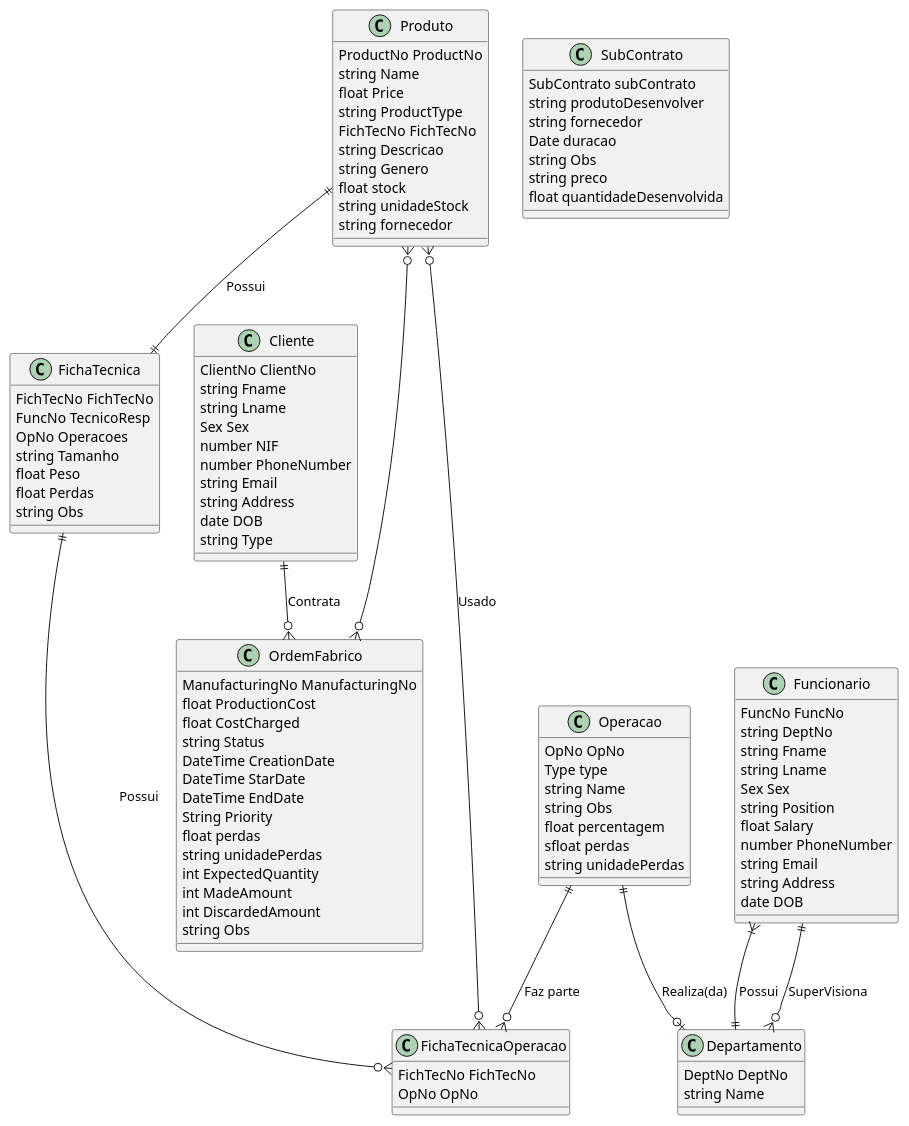
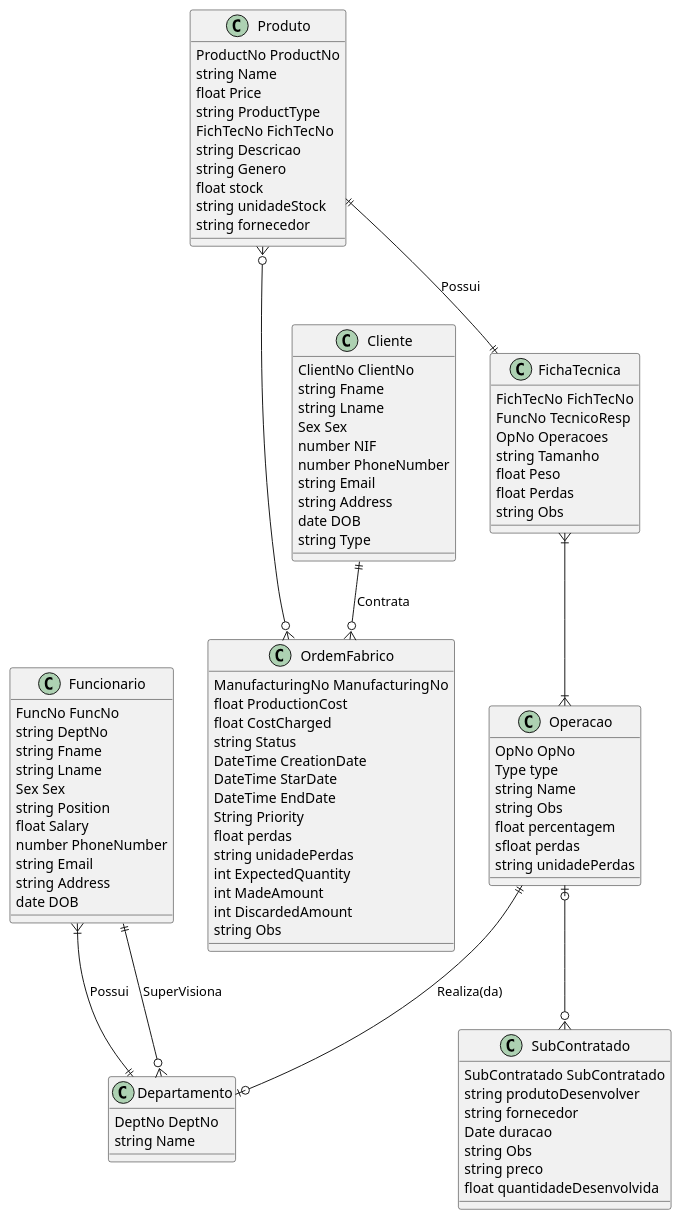
One commit to Arturito2005/TrabalhoBD changed the diagram in TabelasAtributos/Atributos1_2.plantuml. Above: the diagram before and after it, drawn with PlantUML. The commit also changed 2 other files, not shown here.

```diff
--- a/TabelasAtributos/Atributos1_2.plantuml
+++ b/TabelasAtributos/Atributos1_2.plantuml
@@ -1,7 +1,7 @@
 @startuml tableBD
 
 /'
-Falta SubContratados, subContratos
+Falta SubContratados, SubContratados
 '/
 
 
@@ -87,16 +87,6 @@
 }
 
 /'
-Penso que o setor não quer isto, ele vai querer
-secalhar que em vez disto, liguemos o produto e a 
-operacao diretamente ha ordem de Fabrico
-'/
-class FichaTecnicaOperacao {
-    FichTecNo FichTecNo
-    OpNo OpNo
-}
-
-/'
 Parceiro externo que pode desenvolver uma operação
 Ver se apenas um subContratado pode fazer uma e so uma operação
 '/
@@ -114,8 +104,8 @@
 Se a fabrica embia materiais para eles, 
 deve ter um campo para isso.
 '/
-class SubContrato {
-    SubContrato subContrato
+class SubContratado {
+    SubContratado SubContratado
     string produtoDesenvolver
     string fornecedor 
     Date duracao
@@ -165,47 +155,20 @@
 }
 
 /'
-Vai estar dentro do Produto
-class Fornecedor {
-    string FornNo 
-    string Name 
-    number PhoneNumber
-    string Email 
-    string Address
-    string Type 
-}
-
-'/
-
-/'
 Relacionamento dos Funcionarios
 '/
 Funcionario }|--|| Departamento: Possui
 Funcionario ||--o{ Departamento: SuperVisiona 
 
 /'
-Relacionamento Operacao
-'/
-Operacao ||--o{ FichaTecnicaOperacao: Faz parte
-
-/'
-Relacionamento Perdas
-'/
-
-/'
 Relacionamento das Operacoes Interna
 '/
 Operacao ||--o| Departamento: Realiza(da)
-
-/'S
-Relacionamento Materiais
+Operacao |o--o{ SubContratado
+/'
+Relacionamento Ficha Tecnica
 '/
-Produto }o---o{ FichaTecnicaOperacao: Usado
-
-/'
-Relacionamento da Ficha Tecnica
-'/
-FichaTecnica ||---o{ FichaTecnicaOperacao: Possui
+FichaTecnica }|--|{ Operacao
 
 /'
 Relacionamentos do Produto
```
